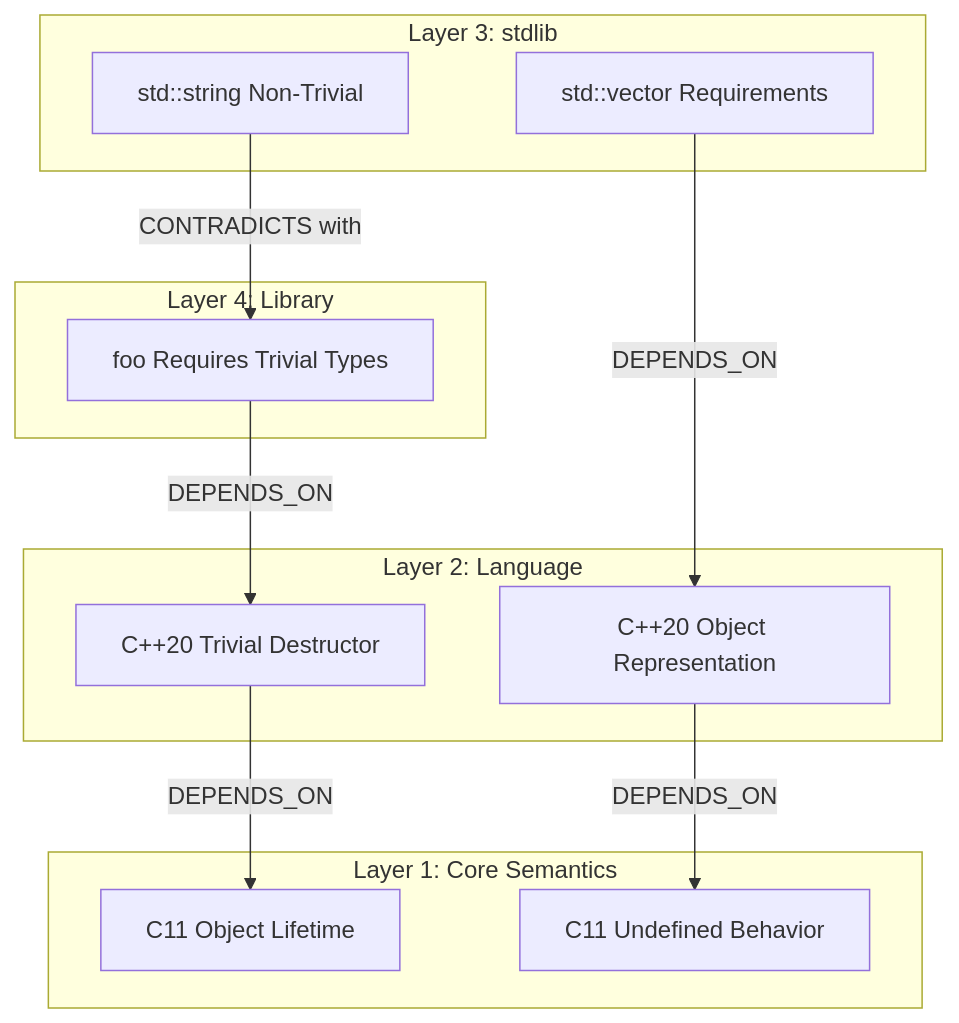
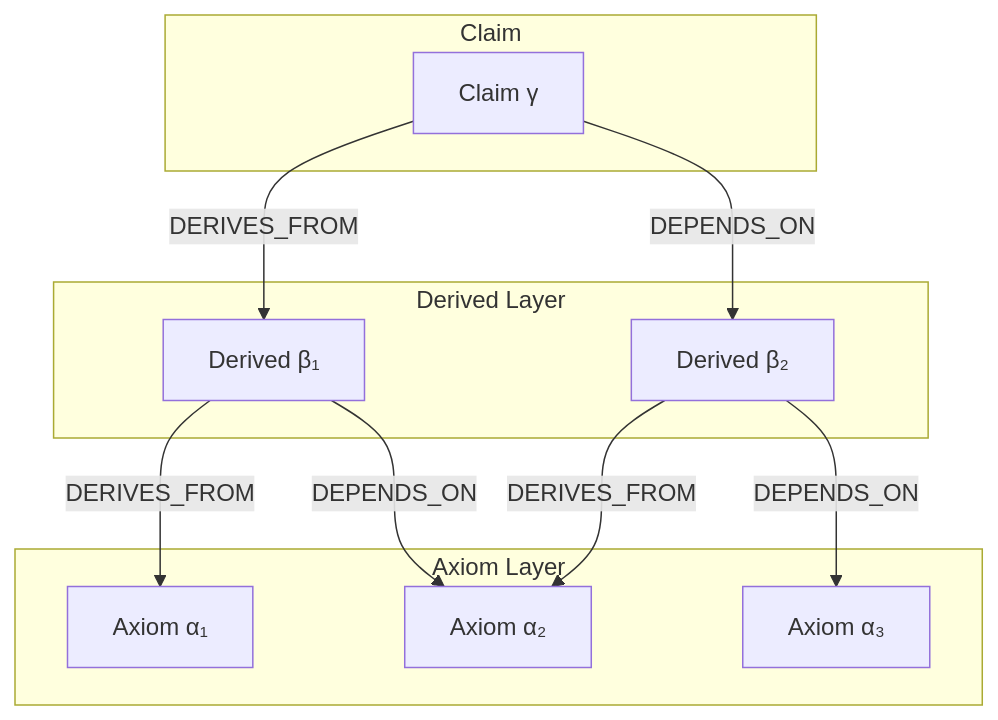
The first of 6 diagrams in docs/whitepaper/axiom-grounded-truth-for-llms.md (mattyv/axiom), drawn with Mermaid before and after one commit. The commit also changed other lines of this file, not shown here.

First line of the commit message:
Revise whitepaper to focus on generic axiom composition principles

````diff
--- a/docs/whitepaper/axiom-grounded-truth-for-llms.md
+++ b/docs/whitepaper/axiom-grounded-truth-for-llms.md
@@ -124,27 +53,24 @@
 ```mermaid
 graph TB
-    subgraph "Layer 1: Core Semantics"
-        C1[C11 Object Lifetime]
-        C2[C11 Undefined Behavior]
+    subgraph "Axiom Layer"
+        A1[Axiom α₁]
+        A2[Axiom α₂]
+        A3[Axiom α₃]
     end
 
-    subgraph "Layer 2: Language"
-        L1[C++20 Trivial Destructor]
-        L2[C++20 Object Representation]
+    subgraph "Derived Layer"
+        D1[Derived β₁]
+        D2[Derived β₂]
     end
 
-    subgraph "Layer 3: stdlib"
-        S1[std::string Non-Trivial]
-        S2[std::vector Requirements]
+    subgraph "Claim"
+        C1[Claim γ]
     end
 
-    subgraph "Layer 4: Library"
-        F1[foo Requires Trivial Types]
-    end
-
-    F1 -->|DEPENDS_ON| L1
-    S1 -->|CONTRADICTS with| F1
-    L1 -->|DEPENDS_ON| C1
-    L2 -->|DEPENDS_ON| C2
-    S2 -->|DEPENDS_ON| L2
+    D1 -->|DERIVES_FROM| A1
+    D1 -->|DEPENDS_ON| A2
+    D2 -->|DERIVES_FROM| A2
+    D2 -->|DEPENDS_ON| A3
+    C1 -->|DERIVES_FROM| D1
+    C1 -->|DEPENDS_ON| D2
 ```
````
